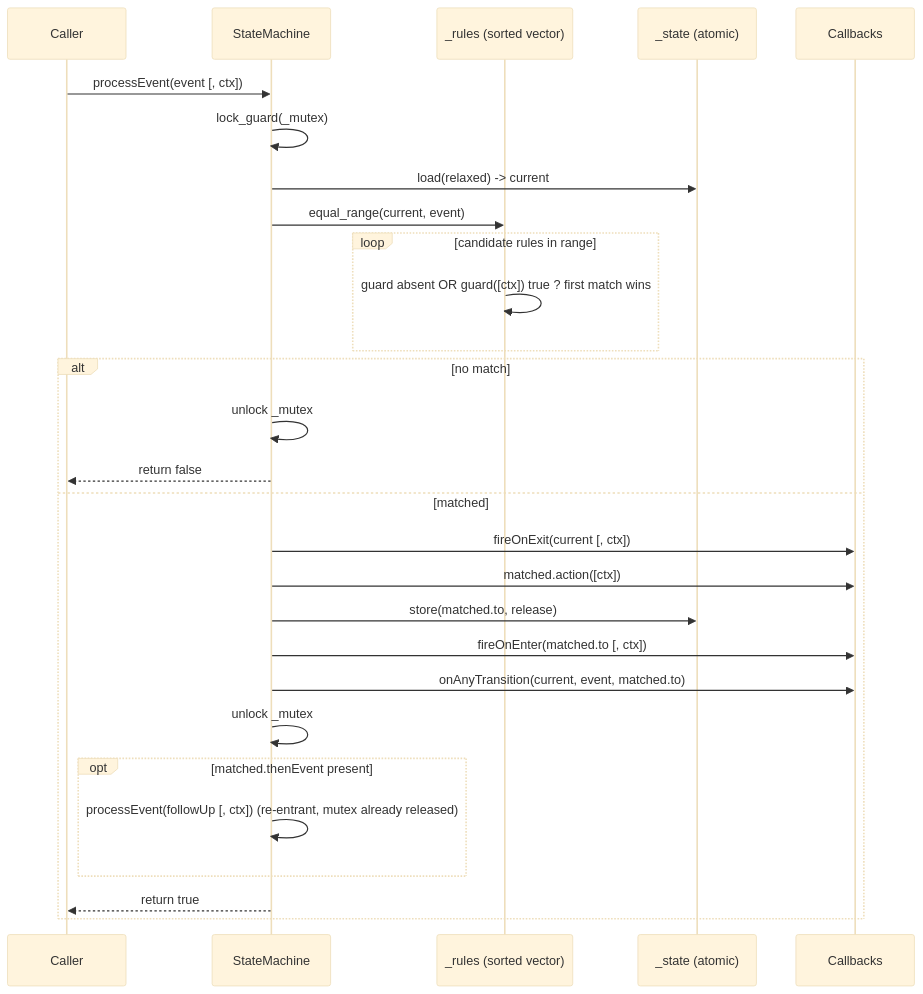
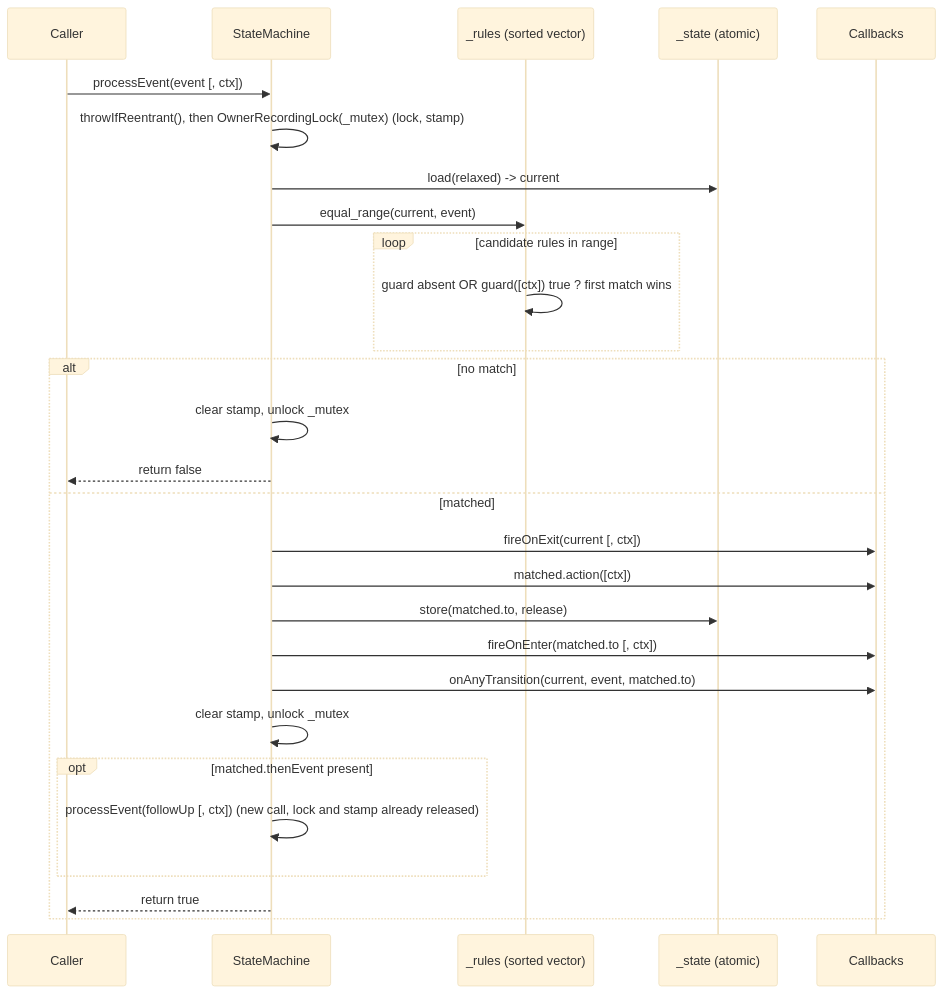
Before and after one commit to joegen/iora: the first of 3 diagrams in docs/core/state_machine.md, drawn with Mermaid (base theme). The commit also changed other lines of this file and 3 other files, not shown here.

````diff
--- a/docs/core/state_machine.md
+++ b/docs/core/state_machine.md
@@ -94,31 +100,31 @@
 ```mermaid
 sequenceDiagram
   participant App as Caller
   participant SM as StateMachine
   participant R as _rules (sorted vector)
   participant S as _state (atomic)
   participant CB as Callbacks
 
   App->>SM: processEvent(event [, ctx])
-  SM->>SM: lock_guard(_mutex)
+  SM->>SM: throwIfReentrant(), then OwnerRecordingLock(_mutex) (lock, stamp)
   SM->>S: load(relaxed) -> current
   SM->>R: equal_range(current, event)
   loop candidate rules in range
     R->>R: guard absent OR guard([ctx]) true ? first match wins
   end
   alt no match
-    SM->>SM: unlock _mutex
+    SM->>SM: clear stamp, unlock _mutex
     SM-->>App: return false
   else matched
     SM->>CB: fireOnExit(current [, ctx])
     SM->>CB: matched.action([ctx])
     SM->>S: store(matched.to, release)
     SM->>CB: fireOnEnter(matched.to [, ctx])
     SM->>CB: onAnyTransition(current, event, matched.to)
-    SM->>SM: unlock _mutex
+    SM->>SM: clear stamp, unlock _mutex
     opt matched.thenEvent present
-      SM->>SM: processEvent(followUp [, ctx])  (re-entrant, mutex already released)
+      SM->>SM: processEvent(followUp [, ctx])  (new call, lock and stamp already released)
     end
     SM-->>App: return true
   end
 ```
````
